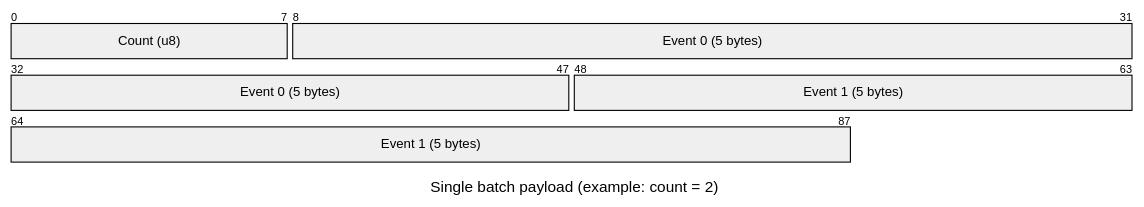
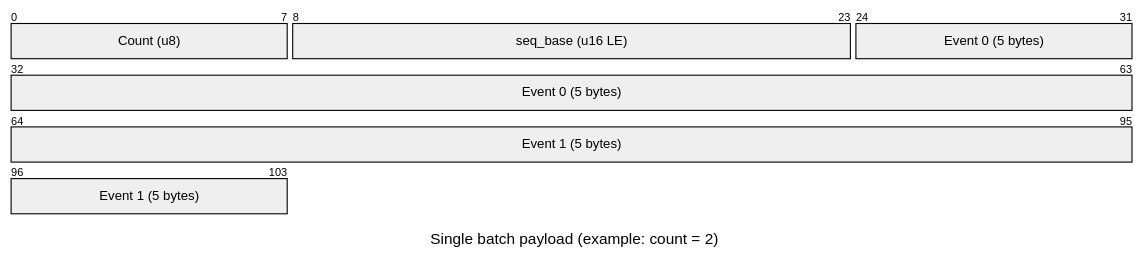
Before and after one commit to xfoa/spud: diagram 16 of 18 in docs/protocol.md, drawn with Mermaid. The commit also changed other lines of this file and 8 other files, not shown here.

````diff
--- a/docs/protocol.md
+++ b/docs/protocol.md
@@ -272,7 +299,8 @@
 ```mermaid
 packet-beta
 title Single batch payload (example: count = 2)
 0-7: "Count (u8)"
-8-47: "Event 0 (5 bytes)"
-48-87: "Event 1 (5 bytes)"
+8-23: "seq_base (u16 LE)"
+24-63: "Event 0 (5 bytes)"
+64-103: "Event 1 (5 bytes)"
 ```
````
